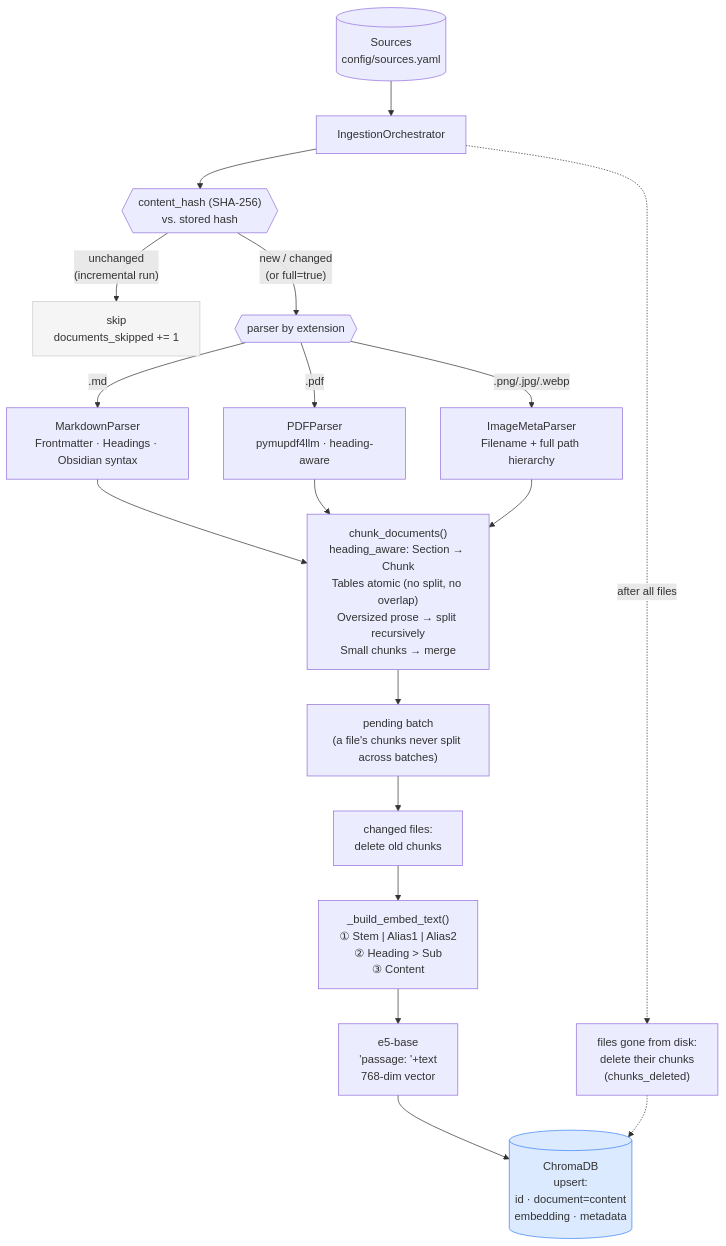
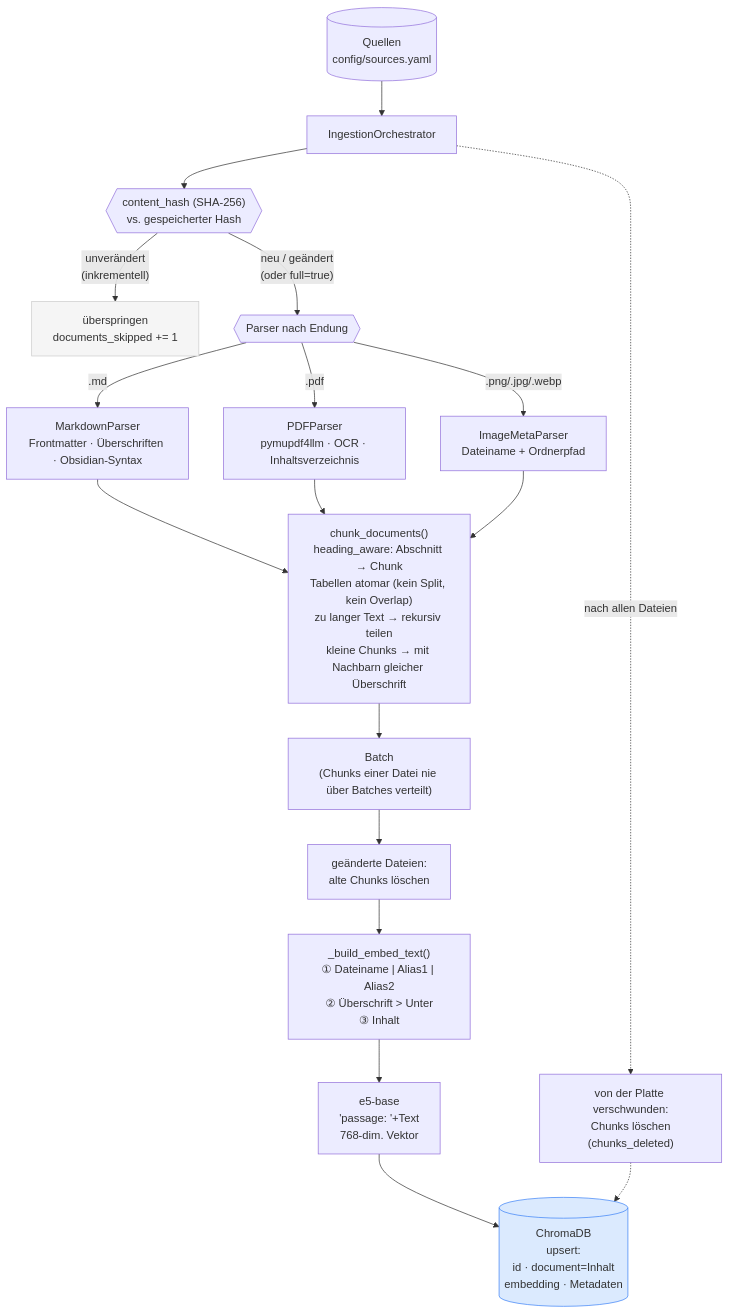
Before and after one commit to FabianHentrich/lorekeeper: the first of 5 diagrams in docs/data-flow.md, drawn with Mermaid. The commit also changed other lines of this file and 15 other files, not shown here.

````diff
--- a/docs/data-flow.md
+++ b/docs/data-flow.md
@@ -16,35 +19,35 @@
 ```mermaid
 flowchart TD
-    FS[("Sources\nconfig/sources.yaml")] --> ORCH[IngestionOrchestrator]
+    FS[("Quellen\nconfig/sources.yaml")] --> ORCH[IngestionOrchestrator]
 
-    ORCH --> HASH{{"content_hash (SHA-256)\nvs. stored hash"}}
+    ORCH --> HASH{{"content_hash (SHA-256)\nvs. gespeicherter Hash"}}
 
-    HASH -->|"unchanged\n(incremental run)"| SKIP["skip\ndocuments_skipped += 1"]
-    HASH -->|"new / changed\n(or full=true)"| PARSE
+    HASH -->|"unverändert\n(inkrementell)"| SKIP["überspringen\ndocuments_skipped += 1"]
+    HASH -->|"neu / geändert\n(oder full=true)"| PARSE
 
-    PARSE{{"parser by extension"}}
-    PARSE -->|".md"| MD[MarkdownParser\nFrontmatter · Headings · Obsidian syntax]
-    PARSE -->|".pdf"| PDF[PDFParser\npymupdf4llm · heading-aware]
-    PARSE -->|".png/.jpg/.webp"| IMG[ImageMetaParser\nFilename + full path hierarchy]
+    PARSE{{"Parser nach Endung"}}
+    PARSE -->|".md"| MD[MarkdownParser\nFrontmatter · Überschriften · Obsidian-Syntax]
+    PARSE -->|".pdf"| PDF[PDFParser\npymupdf4llm · OCR · Inhaltsverzeichnis]
+    PARSE -->|".png/.jpg/.webp"| IMG[ImageMetaParser\nDateiname + Ordnerpfad]
 
     MD --> CHUNK
     PDF --> CHUNK
     IMG --> CHUNK
 
-    CHUNK["chunk_documents()\nheading_aware: Section → Chunk\nTables atomic (no split, no overlap)\nOversized prose → split recursively\nSmall chunks → merge"]
+    CHUNK["chunk_documents()\nheading_aware: Abschnitt → Chunk\nTabellen atomar (kein Split, kein Overlap)\nzu langer Text → rekursiv teilen\nkleine Chunks → mit Nachbarn gleicher Überschrift"]
 
-    CHUNK --> BATCH["pending batch\n(a file's chunks never split across batches)"]
-    BATCH --> DEL["changed files:\ndelete old chunks"]
+    CHUNK --> BATCH["Batch\n(Chunks einer Datei nie über Batches verteilt)"]
+    BATCH --> DEL["geänderte Dateien:\nalte Chunks löschen"]
     DEL --> EMBED
 
-    EMBED["_build_embed_text()\n① Stem | Alias1 | Alias2\n② Heading > Sub\n③ Content"]
+    EMBED["_build_embed_text()\n① Dateiname | Alias1 | Alias2\n② Überschrift > Unter\n③ Inhalt"]
 
-    EMBED --> E5["e5-base\n'passage: '+text\n768-dim vector"]
-    E5 --> CHROMA[("ChromaDB\nupsert:\nid · document=content\nembedding · metadata")]
+    EMBED --> E5["e5-base\n'passage: '+Text\n768-dim. Vektor"]
+    E5 --> CHROMA[("ChromaDB\nupsert:\nid · document=Inhalt\nembedding · Metadaten")]
 
-    ORCH -.->|"after all files"| ORPHAN["files gone from disk:\ndelete their chunks\n(chunks_deleted)"]
+    ORCH -.->|"nach allen Dateien"| ORPHAN["von der Platte verschwunden:\nChunks löschen\n(chunks_deleted)"]
     ORPHAN -.-> CHROMA
 
     style SKIP fill:#f5f5f5,stroke:#ccc
     style CHROMA fill:#dbeafe,stroke:#3b82f6
 ```
````
